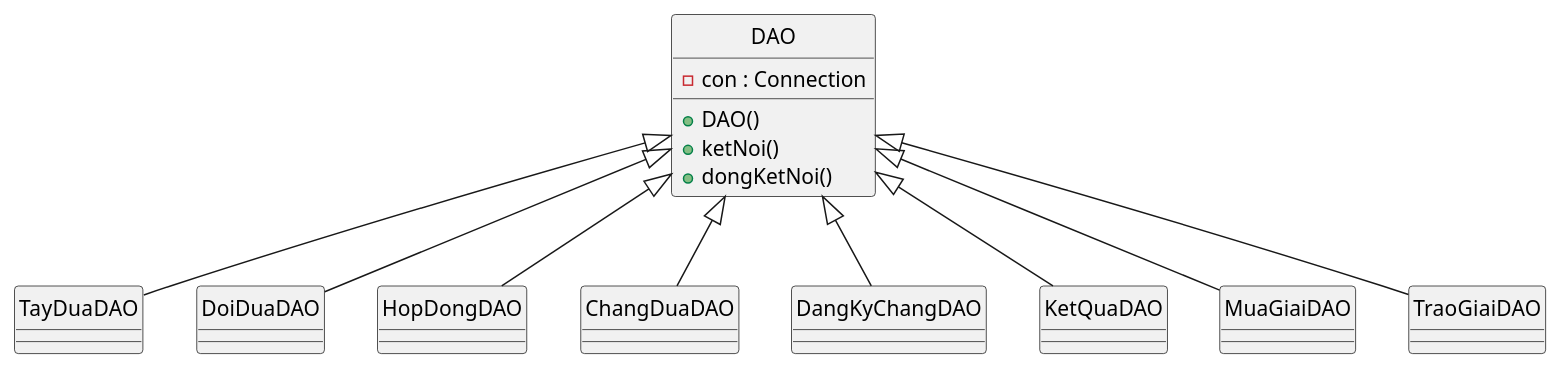
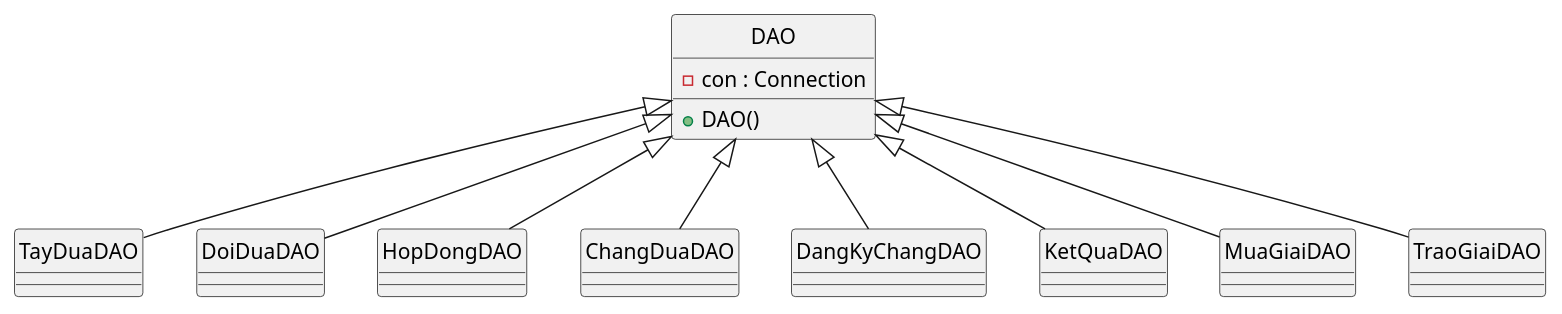
Before and after one commit to 7gho/CNPM-He2026: the fifth of 5 diagrams in docs/03-lop-thuc-the-va-csdl.md, drawn with PlantUML. The commit also changed 41 other files, not shown here.

````diff
--- a/docs/03-lop-thuc-the-va-csdl.md
+++ b/docs/03-lop-thuc-the-va-csdl.md
@@ -617,36 +617,34 @@
 ```plantuml
 @startuml
 hide circle
 class DAO {
   -con : Connection
   +DAO()
-  +ketNoi()
-  +dongKetNoi()
 }
 class TayDuaDAO {
 }
 class DoiDuaDAO {
 }
 class HopDongDAO {
 }
 class ChangDuaDAO {
 }
 class DangKyChangDAO {
 }
 class KetQuaDAO {
 }
 class MuaGiaiDAO {
 }
 class TraoGiaiDAO {
 }
 
 DAO <|-- TayDuaDAO
 DAO <|-- DoiDuaDAO
 DAO <|-- HopDongDAO
 DAO <|-- ChangDuaDAO
 DAO <|-- DangKyChangDAO
 DAO <|-- KetQuaDAO
 DAO <|-- MuaGiaiDAO
 DAO <|-- TraoGiaiDAO
 @enduml
 ```
````
